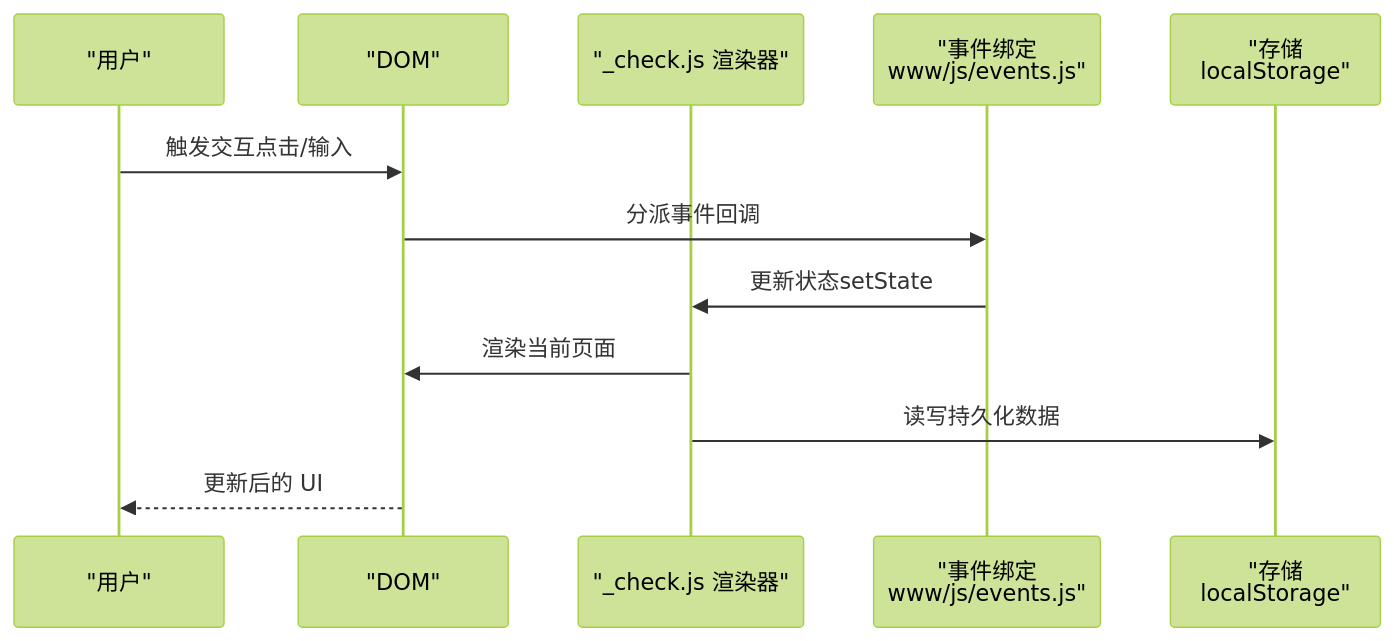
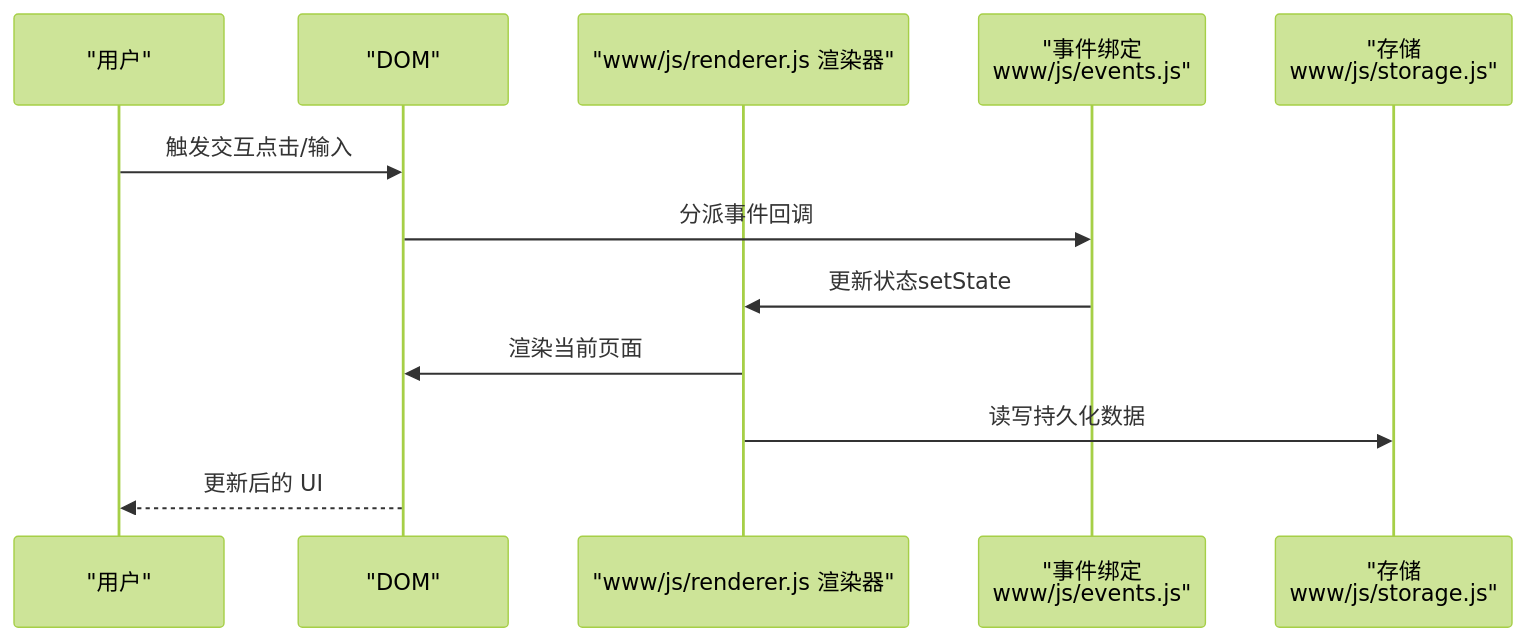
The second of 10 diagrams in .qoder/repowiki/zh/content/核心功能模块/用户界面组件.md (KAGUYA284/anima-list), drawn with Mermaid (forest theme) before and after one commit. The commit also changed other lines of this file and 17 other files, not shown here.

````diff
--- a/.qoder/repowiki/zh/content/核心功能模块/用户界面组件.md
+++ b/.qoder/repowiki/zh/content/核心功能模块/用户界面组件.md
@@ -75,14 +102,14 @@
 ```mermaid
 sequenceDiagram
 participant U as "用户"
 participant DOM as "DOM"
-participant R as "_check.js 渲染器"
+participant R as "www/js/renderer.js 渲染器"
 participant E as "事件绑定<br/>www/js/events.js"
-participant S as "存储<br/>localStorage"
+participant S as "存储<br/>www/js/storage.js"
 U->>DOM : 触发交互点击/输入
 DOM->>E : 分派事件回调
 E->>R : 更新状态setState
 R->>DOM : 渲染当前页面
 R->>S : 读写持久化数据
 DOM-->>U : 更新后的 UI
 ```
````
